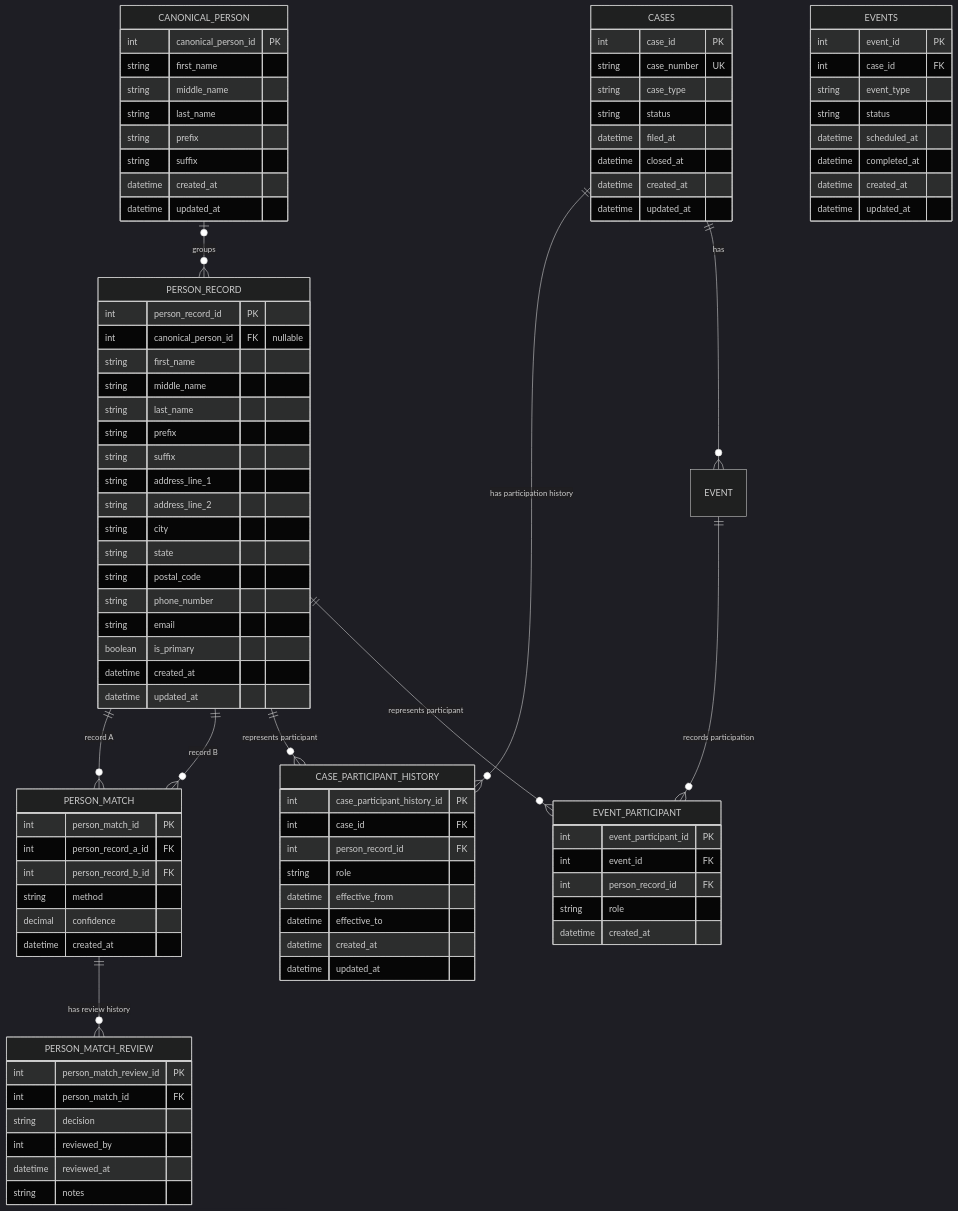
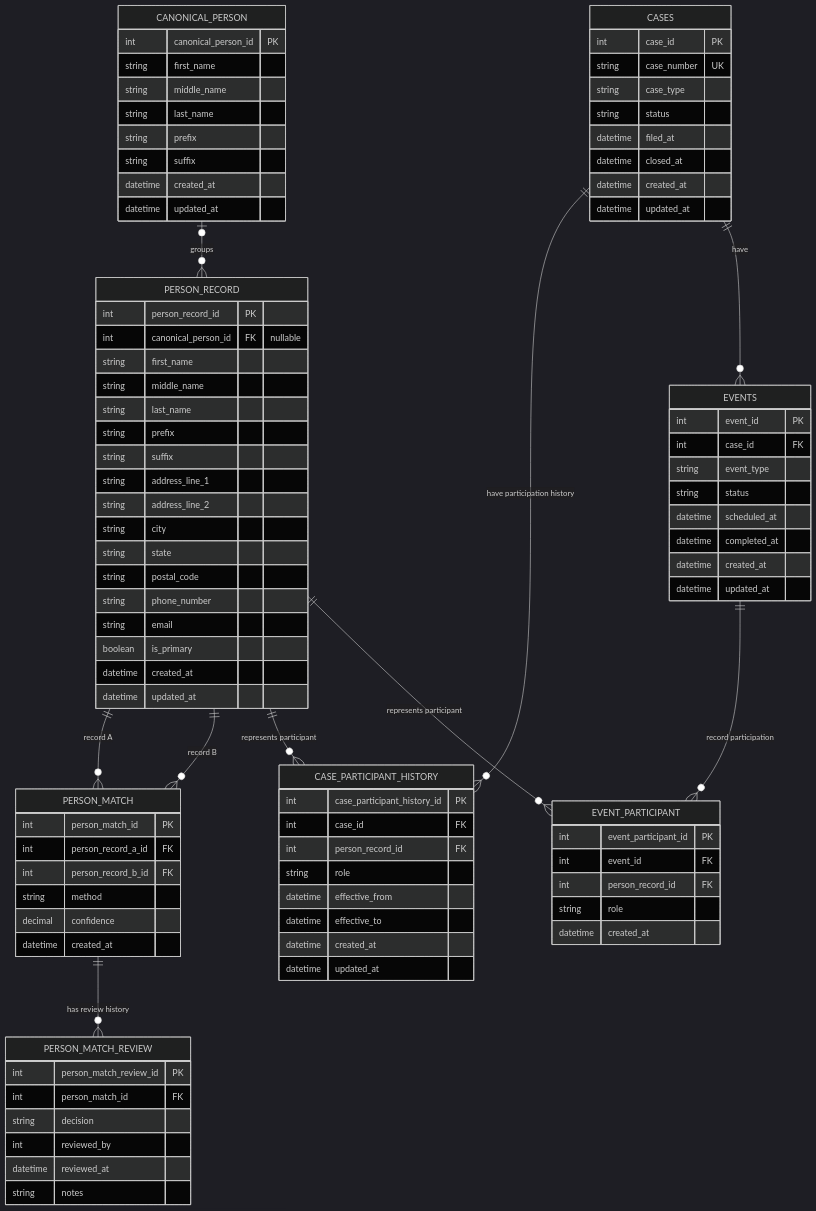
One commit to danyd6784/cms-skeleton changed the diagram in docs/domain-model-decisions.md. Above: the diagram before and after it, drawn with Mermaid (dark theme). The commit also changed other lines of this file, not shown here.

Commit message:
Fix: Fix events entity name in ERD and associations

````diff
--- a/docs/domain-model-decisions.md
+++ b/docs/domain-model-decisions.md
@@ -140,10 +140,10 @@
     PERSON_RECORD ||--o{ PERSON_MATCH : "record B"
     PERSON_MATCH ||--o{ PERSON_MATCH_REVIEW : "has review history"
 
-    CASES ||--o{ CASE_PARTICIPANT_HISTORY : "has participation history"
+    CASES ||--o{ CASE_PARTICIPANT_HISTORY : "have participation history"
     PERSON_RECORD ||--o{ CASE_PARTICIPANT_HISTORY : "represents participant"
 
-    CASES ||--o{ EVENT : "has"
-    EVENT ||--o{ EVENT_PARTICIPANT : "records participation"
+    CASES ||--o{ EVENTS : "have"
+    EVENTS ||--o{ EVENT_PARTICIPANT : "record participation"
     PERSON_RECORD ||--o{ EVENT_PARTICIPANT : "represents participant"
 ```
````
